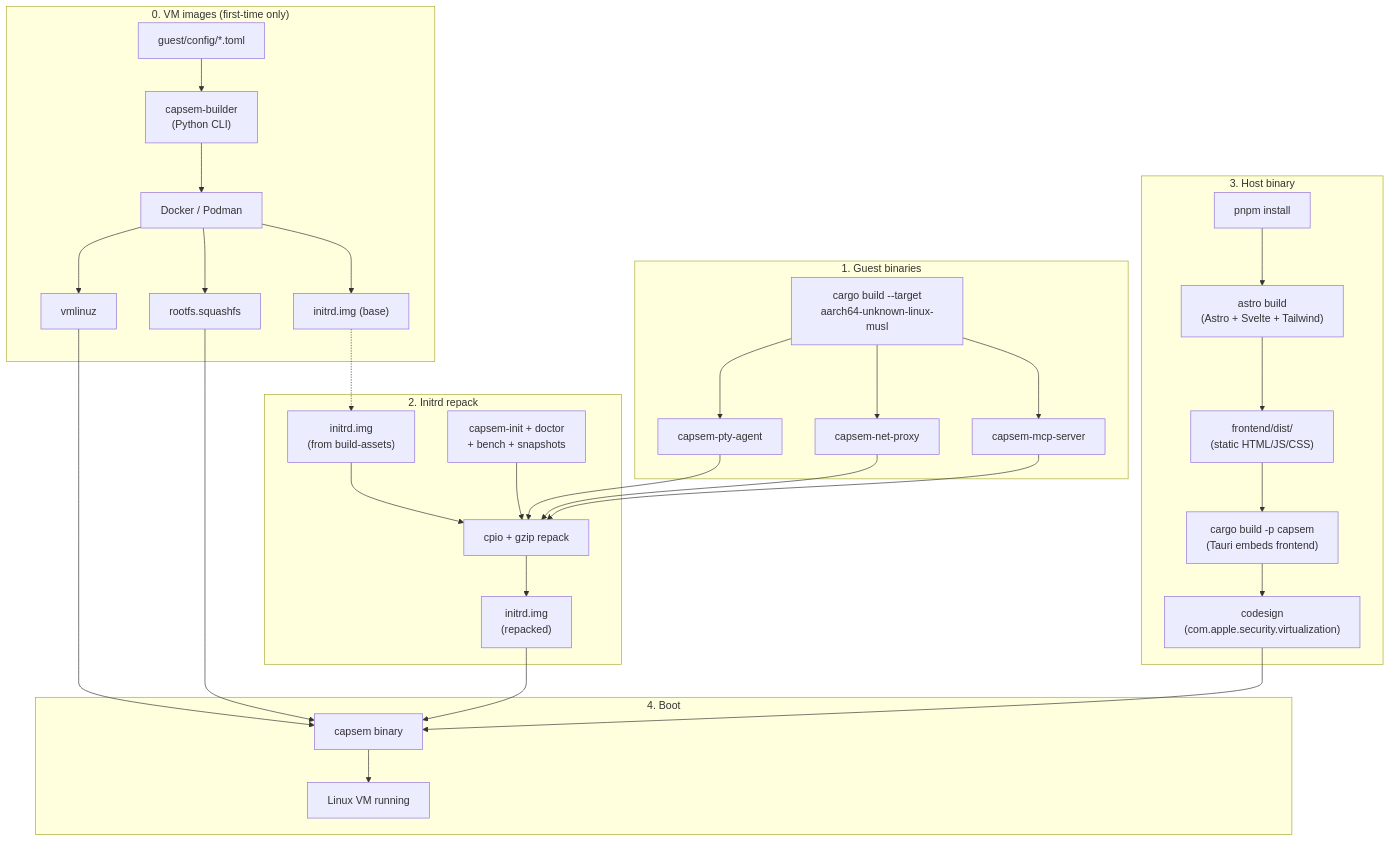
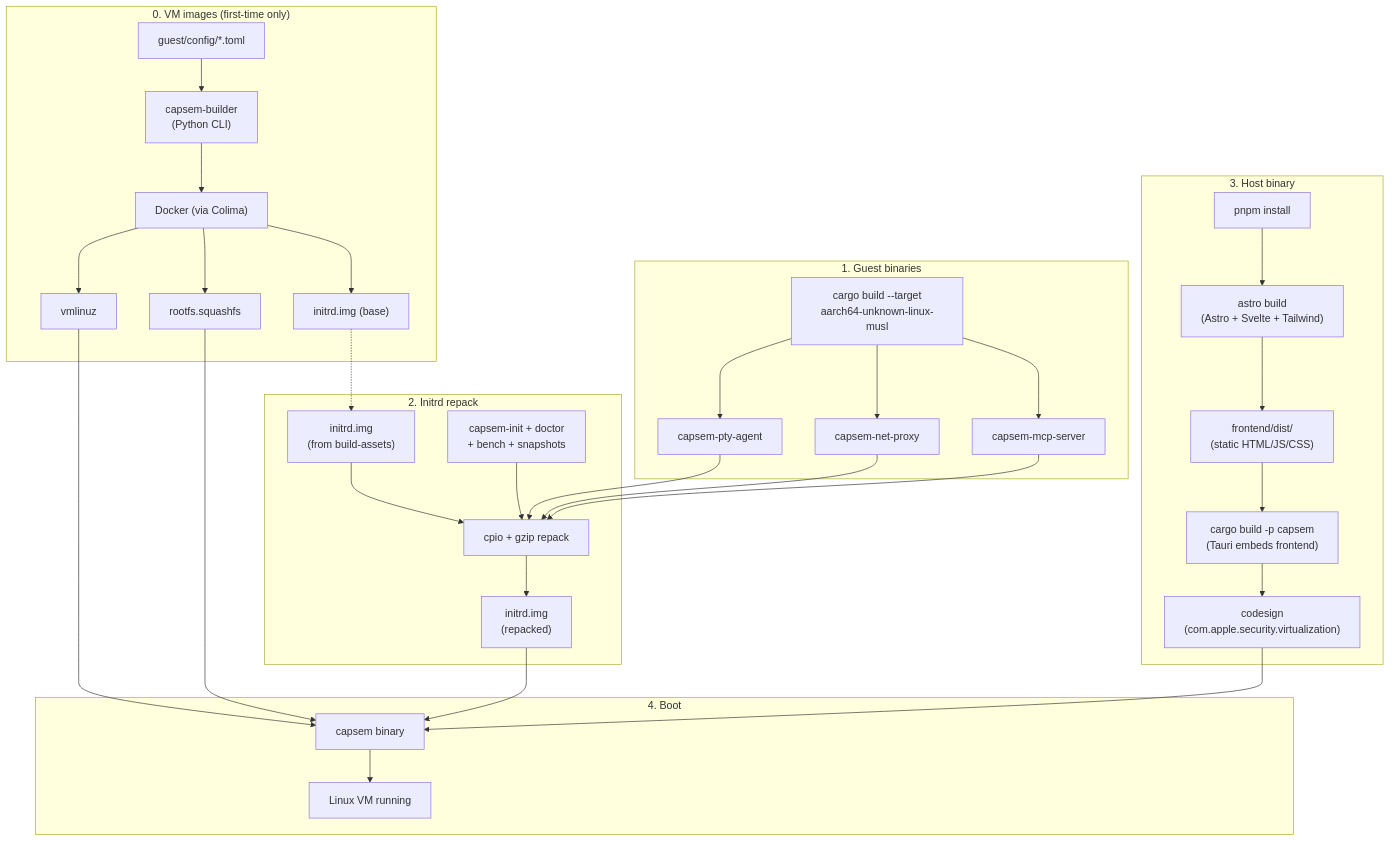
The first of 2 diagrams in site/src/content/docs/development/stack.md (google/capsem), drawn with Mermaid before and after one commit. The commit also changed other lines of this file and 20 other files, not shown here.

First line of the commit message:
refactor: replace podman with colima + docker CLI for container builds

````diff
--- a/site/src/content/docs/development/stack.md
+++ b/site/src/content/docs/development/stack.md
@@ -12,49 +12,49 @@
 ```mermaid
 flowchart TD
     subgraph stage1["1. Guest binaries"]
         CARGO_CROSS["cargo build --target\naarch64-unknown-linux-musl"]
         AGENT["capsem-pty-agent"]
         NETPROXY["capsem-net-proxy"]
         MCP["capsem-mcp-server"]
         CARGO_CROSS --> AGENT & NETPROXY & MCP
     end
 
     subgraph stage2["2. Initrd repack"]
         INITRD_IN["initrd.img\n(from build-assets)"]
         SCRIPTS["capsem-init + doctor\n+ bench + snapshots"]
         REPACK["cpio + gzip repack"]
         INITRD_IN --> REPACK
         AGENT & NETPROXY & MCP --> REPACK
         SCRIPTS --> REPACK
         REPACK --> INITRD_OUT["initrd.img\n(repacked)"]
     end
 
     subgraph stage3["3. Host binary"]
         PNPM["pnpm install"]
         ASTRO["astro build\n(Astro + Svelte + Tailwind)"]
         DIST["frontend/dist/\n(static HTML/JS/CSS)"]
         CARGO_HOST["cargo build -p capsem\n(Tauri embeds frontend)"]
         PNPM --> ASTRO --> DIST --> CARGO_HOST
         CARGO_HOST --> SIGN["codesign\n(com.apple.security.virtualization)"]
     end
 
     subgraph stage0["0. VM images (first-time only)"]
         TOML["guest/config/*.toml"]
         BUILDER["capsem-builder\n(Python CLI)"]
-        DOCKER["Docker / Podman"]
+        DOCKER["Docker (via Colima)"]
         TOML --> BUILDER --> DOCKER
         DOCKER --> VMLINUZ["vmlinuz"]
         DOCKER --> ROOTFS["rootfs.squashfs"]
         DOCKER --> INITRD_BASE["initrd.img (base)"]
     end
 
     INITRD_BASE -.-> INITRD_IN
 
     subgraph stage4["4. Boot"]
         SIGN --> BOOT["capsem binary"]
         INITRD_OUT --> BOOT
         VMLINUZ --> BOOT
         ROOTFS --> BOOT
         BOOT --> VM["Linux VM running"]
     end
 ```
````
